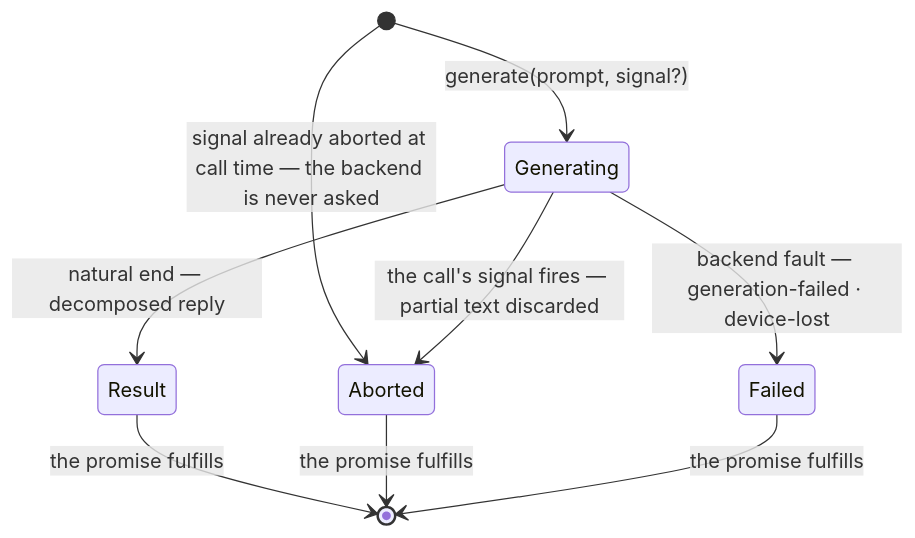
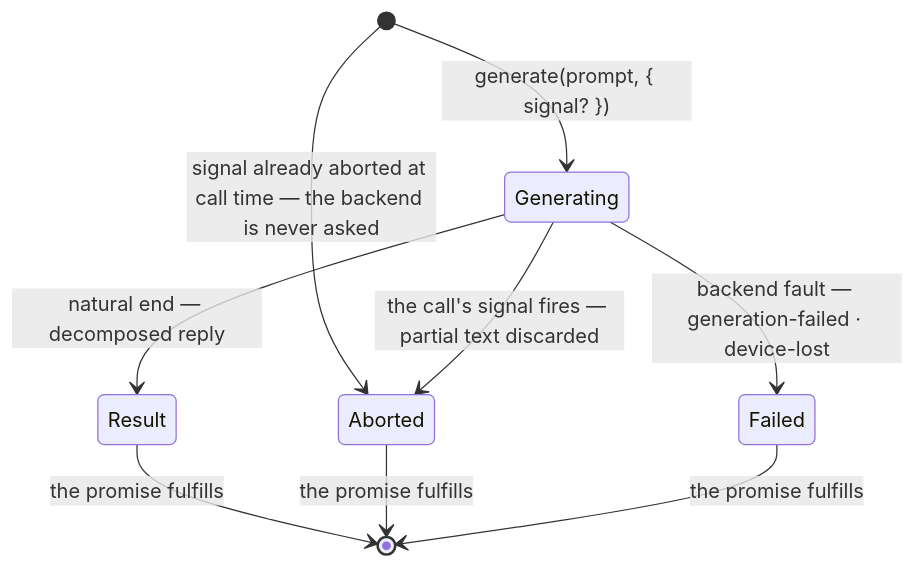
The second of 2 diagrams in src/lib/study-lenses/lib/local-llm/notional-machine.md (codeschoolinabox/curricula), drawn with Mermaid before and after one commit. The commit also changed 8 other files, not shown here.

````diff
--- a/src/lib/study-lenses/lib/local-llm/notional-machine.md
+++ b/src/lib/study-lenses/lib/local-llm/notional-machine.md
@@ -65,11 +65,11 @@
 ```mermaid
 stateDiagram-v2
-    [*] --> Generating : generate(prompt, signal?)
+    [*] --> Generating : generate(prompt, { signal? })
     [*] --> Aborted : signal already aborted at call time — the backend is never asked
     Generating --> Result : natural end — decomposed reply
     Generating --> Aborted : the call's signal fires — partial text discarded
     Generating --> Failed : backend fault — generation-failed · device-lost
     Result --> [*] : the promise fulfills
     Aborted --> [*] : the promise fulfills
     Failed --> [*] : the promise fulfills
 ```
````
